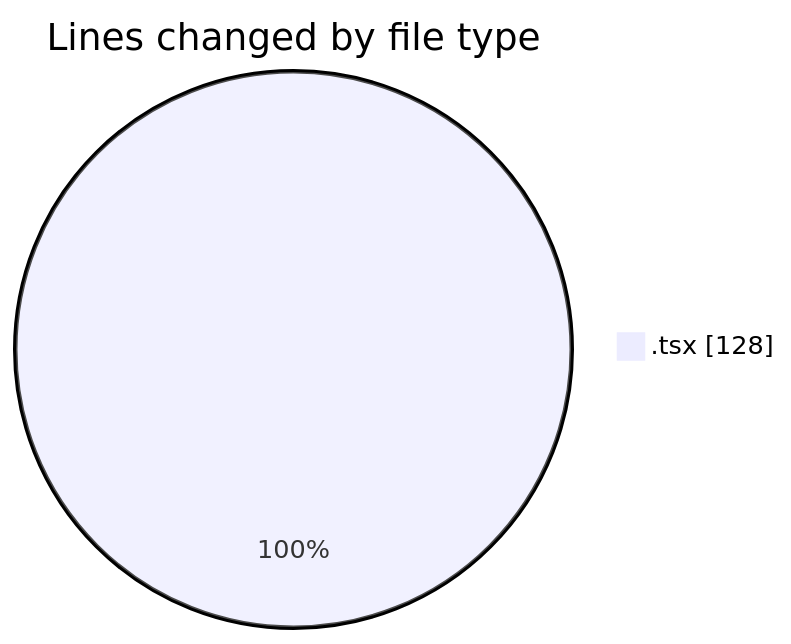
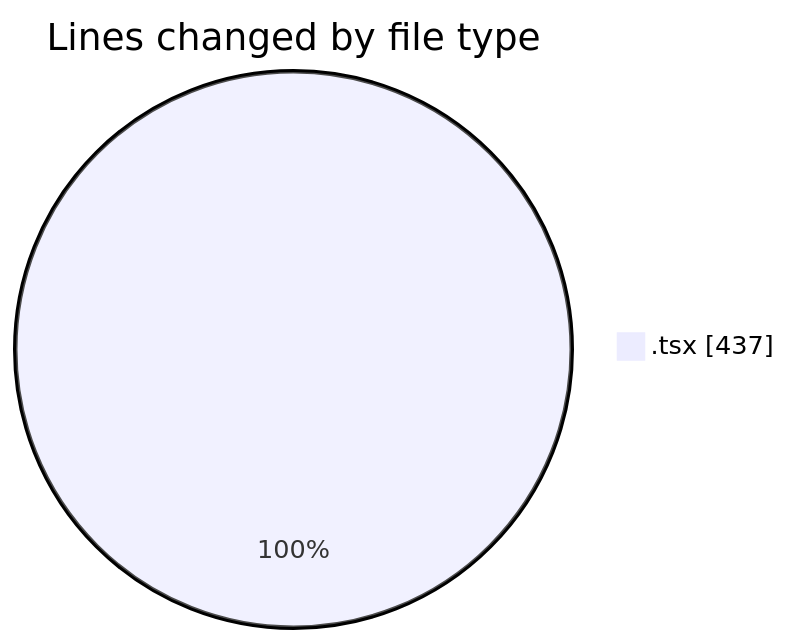
One commit to Ritupan-Deka/code-tracking changed the first of 2 diagrams in 2025-10-20/scopecraft/README.md. Above: the diagram before and after it, drawn with Mermaid. The commit also changed other lines of this file and 1 other file, not shown here.

````diff
--- a/2025-10-20/scopecraft/README.md
+++ b/2025-10-20/scopecraft/README.md
@@ -20,5 +25,5 @@
 ```mermaid
 pie showData
 title Lines changed by file type
-".tsx" : 128
+".tsx" : 437
 ```
````
